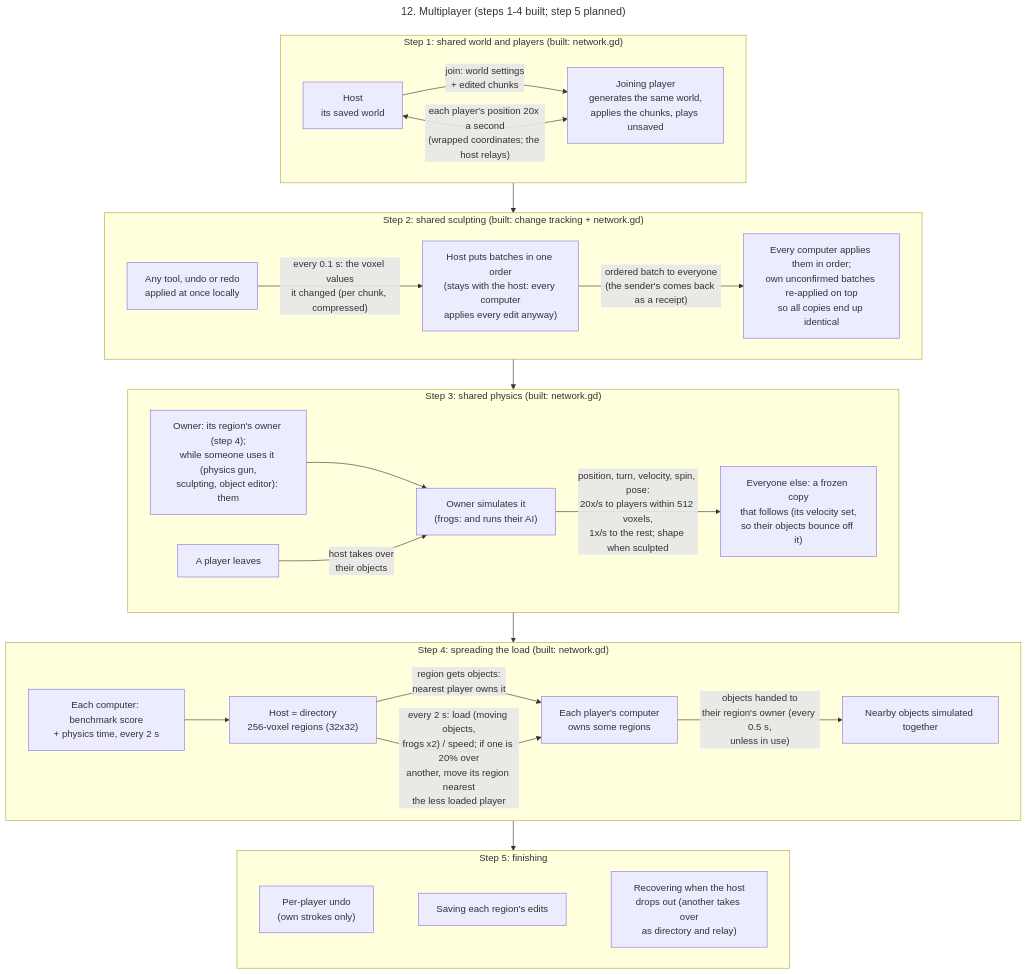
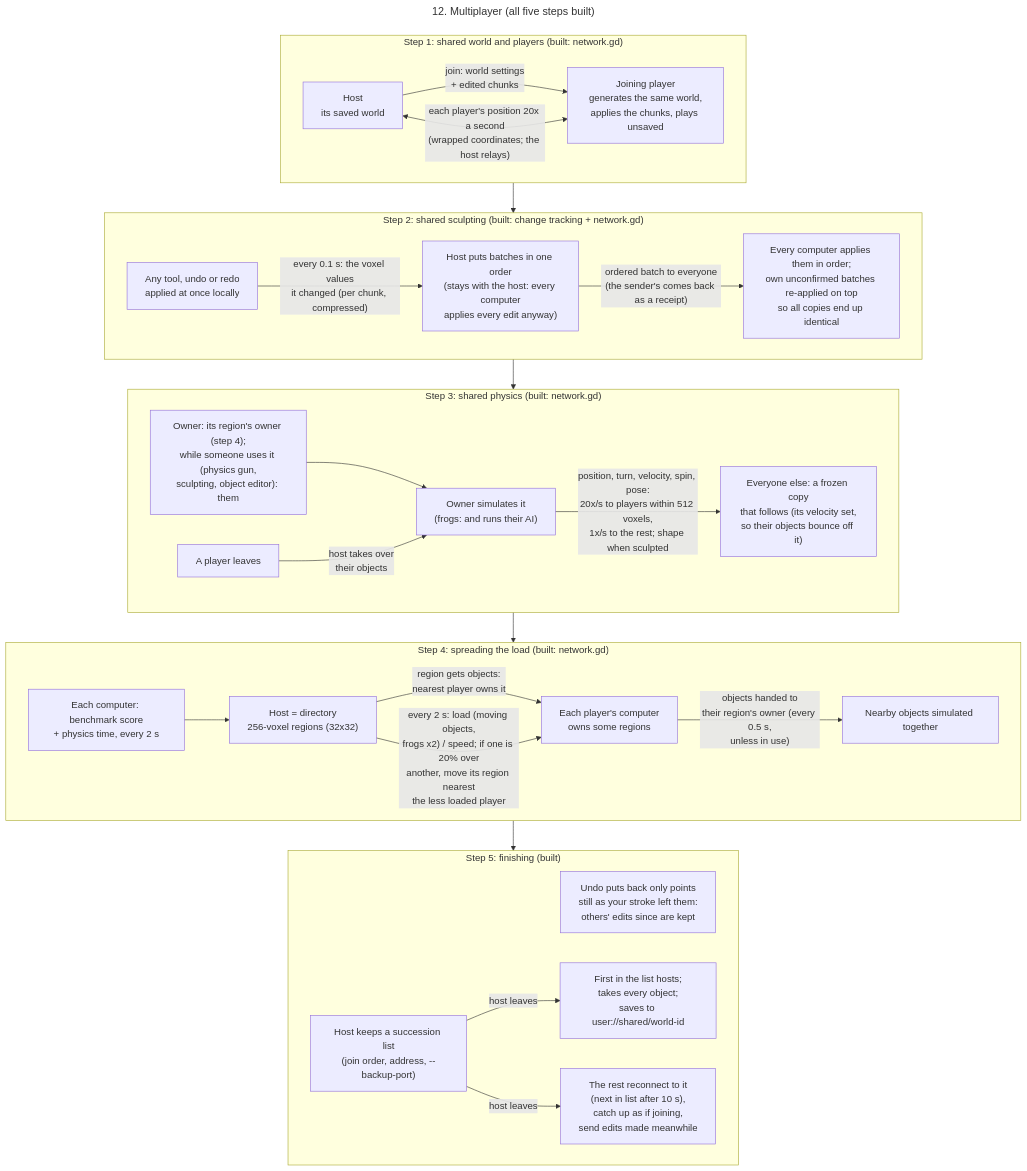
One commit to sampritchard03/wincraft changed the diagram in diagrams/12-multiplayer.mmd. Above: the diagram before and after it, drawn with Mermaid. The commit also changed 8 other files, not shown here.

```diff
--- a/diagrams/12-multiplayer.mmd
+++ b/diagrams/12-multiplayer.mmd
@@ -1,37 +1,39 @@
 ---
-title: 12. Multiplayer (steps 1-4 built; step 5 planned)
+title: 12. Multiplayer (all five steps built)
 ---
 flowchart TB
     subgraph S1["Step 1: shared world and players (built: network.gd)"]
         direction LR
         host1["Host<br/>its saved world"] -->|"join: world settings<br/>+ edited chunks"| join1["Joining player<br/>generates the same world,<br/>applies the chunks, plays unsaved"]
         host1 <-->|"each player's position 20x a second<br/>(wrapped coordinates; the host relays)"| join1
     end
 
     subgraph S2["Step 2: shared sculpting (built: change tracking + network.gd)"]
         direction LR
         brush["Any tool, undo or redo<br/>applied at once locally"] -->|"every 0.1 s: the voxel values<br/>it changed (per chunk, compressed)"| owner2["Host puts batches in one order<br/>(stays with the host: every computer<br/>applies every edit anyway)"]
         owner2 -->|"ordered batch to everyone<br/>(the sender's comes back as a receipt)"| all2["Every computer applies them in order;<br/>own unconfirmed batches re-applied on top<br/>so all copies end up identical"]
     end
 
     subgraph S3["Step 3: shared physics (built: network.gd)"]
         direction LR
         make3["Owner: its region's owner (step 4);<br/>while someone uses it (physics gun,<br/>sculpting, object editor): them"] --> rowner["Owner simulates it<br/>(frogs: and runs their AI)"]
         rowner -->|"position, turn, velocity, spin, pose:<br/>20x/s to players within 512 voxels,<br/>1x/s to the rest; shape when sculpted"| others3["Everyone else: a frozen copy<br/>that follows (its velocity set,<br/>so their objects bounce off it)"]
         leave3["A player leaves"] -->|"host takes over<br/>their objects"| rowner
     end
 
     subgraph S4["Step 4: spreading the load (built: network.gd)"]
         direction LR
         reports["Each computer: benchmark score<br/>+ physics time, every 2 s"] --> dir["Host = directory<br/>256-voxel regions (32x32)"]
         dir -->|"region gets objects:<br/>nearest player owns it"| peers4["Each player's computer<br/>owns some regions"]
         dir -->|"every 2 s: load (moving objects,<br/>frogs x2) / speed; if one is 20% over<br/>another, move its region nearest<br/>the less loaded player"| peers4
         peers4 -->|"objects handed to<br/>their region's owner (every 0.5 s,<br/>unless in use)"| rowner4["Nearby objects simulated together"]
     end
 
-    subgraph S5["Step 5: finishing"]
+    subgraph S5["Step 5: finishing (built)"]
         direction LR
-        undo["Per-player undo<br/>(own strokes only)"] ~~~ save["Saving each region's edits"] ~~~ drop["Recovering when the host<br/>drops out (another takes over<br/>as directory and relay)"]
+        undo["Undo puts back only points<br/>still as your stroke left them:<br/>others' edits since are kept"]
+        succ["Host keeps a succession list<br/>(join order, address, --backup-port)"] -->|"host leaves"| first["First in the list hosts;<br/>takes every object;<br/>saves to user://shared/world-id"]
+        succ -->|"host leaves"| rest["The rest reconnect to it<br/>(next in list after 10 s),<br/>catch up as if joining,<br/>send edits made meanwhile"]
     end
 
     S1 --> S2 --> S3 --> S4 --> S5
```
